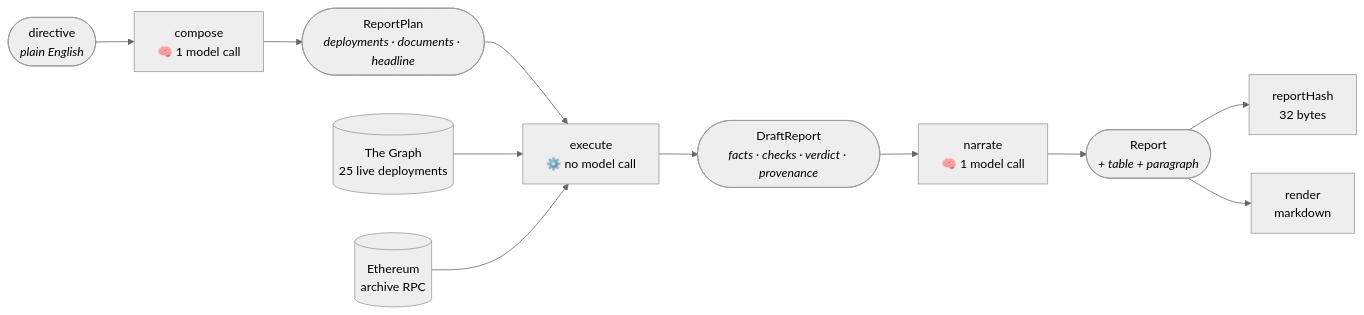
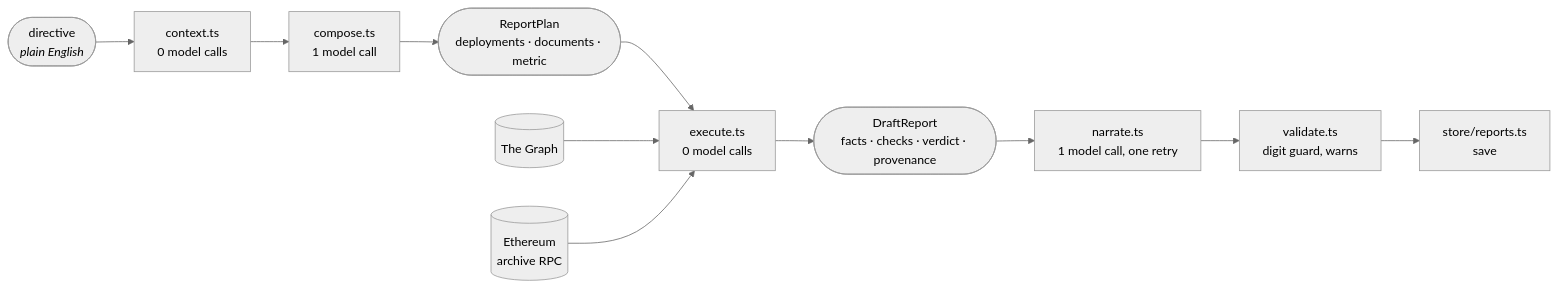
The second of 6 diagrams in docs/ARCHITECTURE.md (DhruPtel/ETHonline-2026-Alpha-Markets), drawn with Mermaid (neutral theme) before and after one commit. The commit also changed other lines of this file and 22 other files, not shown here.

Commit message:
docs: README, architecture and directory documentation

````diff
--- a/docs/ARCHITECTURE.md
+++ b/docs/ARCHITECTURE.md
@@ -11,13 +64,13 @@
 ```mermaid
 flowchart LR
-  D(["directive<br/><i>plain English</i>"]) --> C["compose<br/>🧠 1 model call"]
-  C --> P(["ReportPlan<br/><i>deployments · documents · headline</i>"])
-  P --> E["execute<br/>⚙️ no model call"]
-  G[("The Graph<br/>25 live deployments")] --> E
+  D(["directive<br/><i>plain English</i>"]) --> CTX["context.ts<br/>0 model calls"]
+  CTX --> C["compose.ts<br/>1 model call"]
+  C --> P(["ReportPlan<br/>deployments · documents · metric"])
+  P --> E["execute.ts<br/>0 model calls"]
+  G[("The Graph")] --> E
   CH[("Ethereum<br/>archive RPC")] --> E
-  E --> DR(["DraftReport<br/><i>facts · checks · verdict · provenance</i>"])
-  DR --> N["narrate<br/>🧠 1 model call"]
-  N --> R(["Report<br/><i>+ table + paragraph</i>"])
-  R --> H["reportHash<br/>32 bytes"]
-  R --> RE["render<br/>markdown"]
+  E --> DR(["DraftReport<br/>facts · checks · verdict · provenance"])
+  DR --> N["narrate.ts<br/>1 model call, one retry"]
+  N --> V["validate.ts<br/>digit guard, warns"]
+  V --> S["store/reports.ts<br/>save"]
 ```
````
